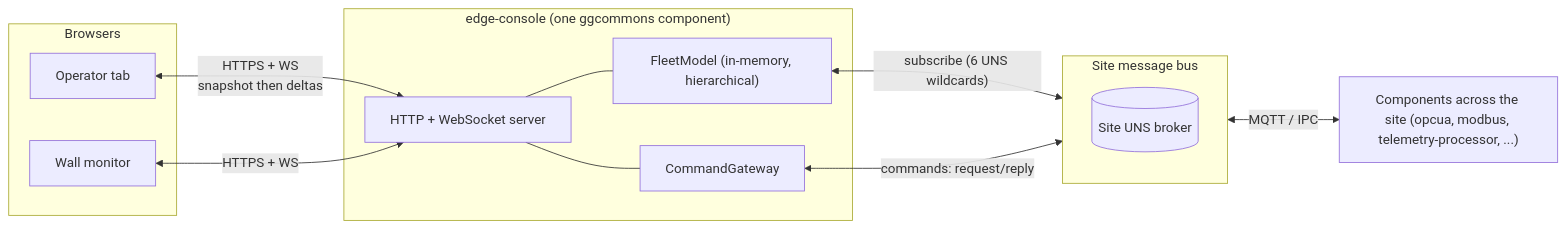
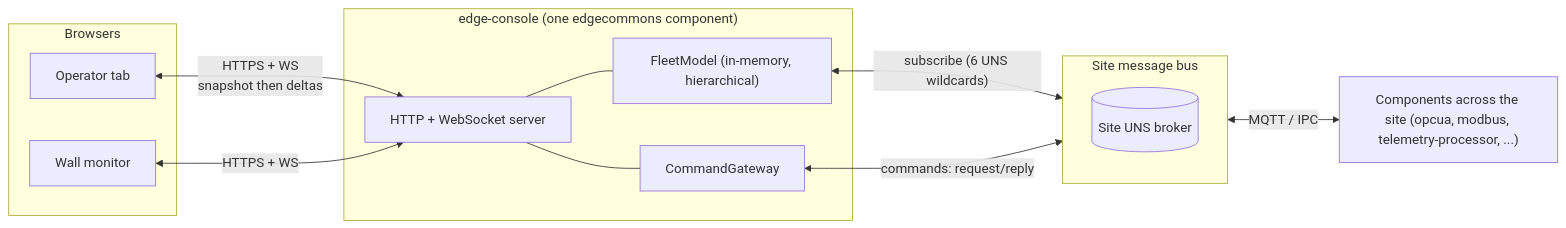
Before and after one commit to edgecommons/edge-console: the first of 8 diagrams in docs/design/DESIGN.md, drawn with Mermaid. The commit also changed other lines of this file and 40 other files, not shown here.

Commit message:
chore: rebrand ggcommons to edgecommons

````diff
--- a/docs/design/DESIGN.md
+++ b/docs/design/DESIGN.md
@@ -61,25 +61,25 @@
 ```mermaid
 flowchart LR
   subgraph Browsers
     B1["Operator tab"]
     B2["Wall monitor"]
   end
-  subgraph Console["edge-console (one ggcommons component)"]
+  subgraph Console["edge-console (one edgecommons component)"]
     WS["HTTP + WebSocket server"]
     FM["FleetModel (in-memory, hierarchical)"]
     CG["CommandGateway"]
   end
   subgraph Bus["Site message bus"]
     direction TB
     SB[("Site UNS broker")]
   end
   Comps["Components across the site (opcua, modbus, telemetry-processor, ...)"]
 
   B1 <-->|"HTTPS + WS<br/>snapshot then deltas"| WS
   B2 <-->|"HTTPS + WS"| WS
   WS --- FM
   WS --- CG
   FM <-->|"subscribe (6 UNS wildcards)"| SB
   CG <-->|"commands: request/reply"| SB
   SB <-->|"MQTT / IPC"| Comps
 ```
````
